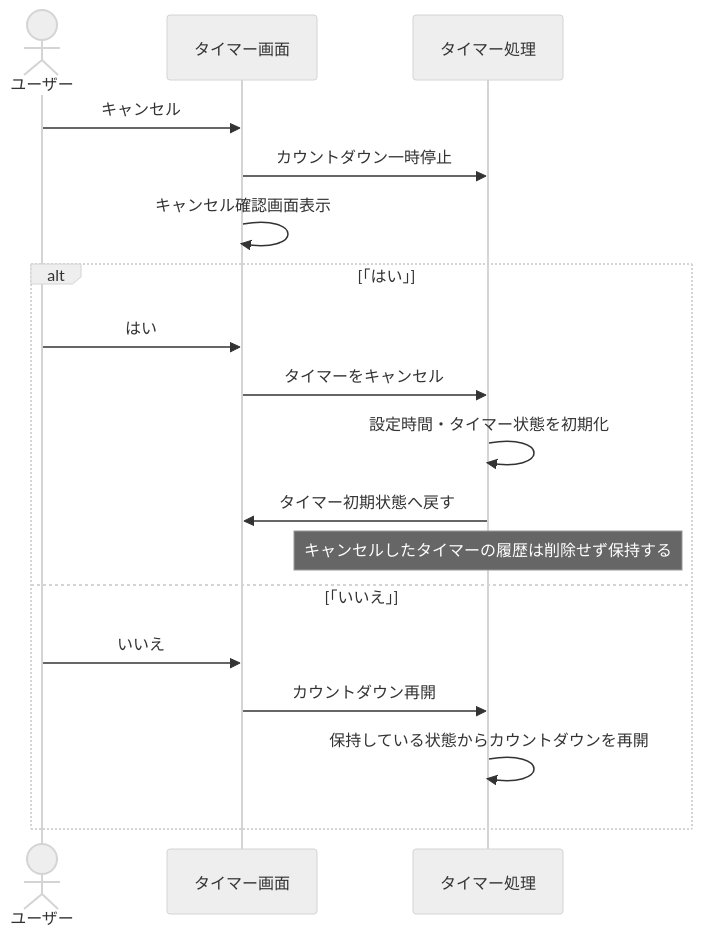
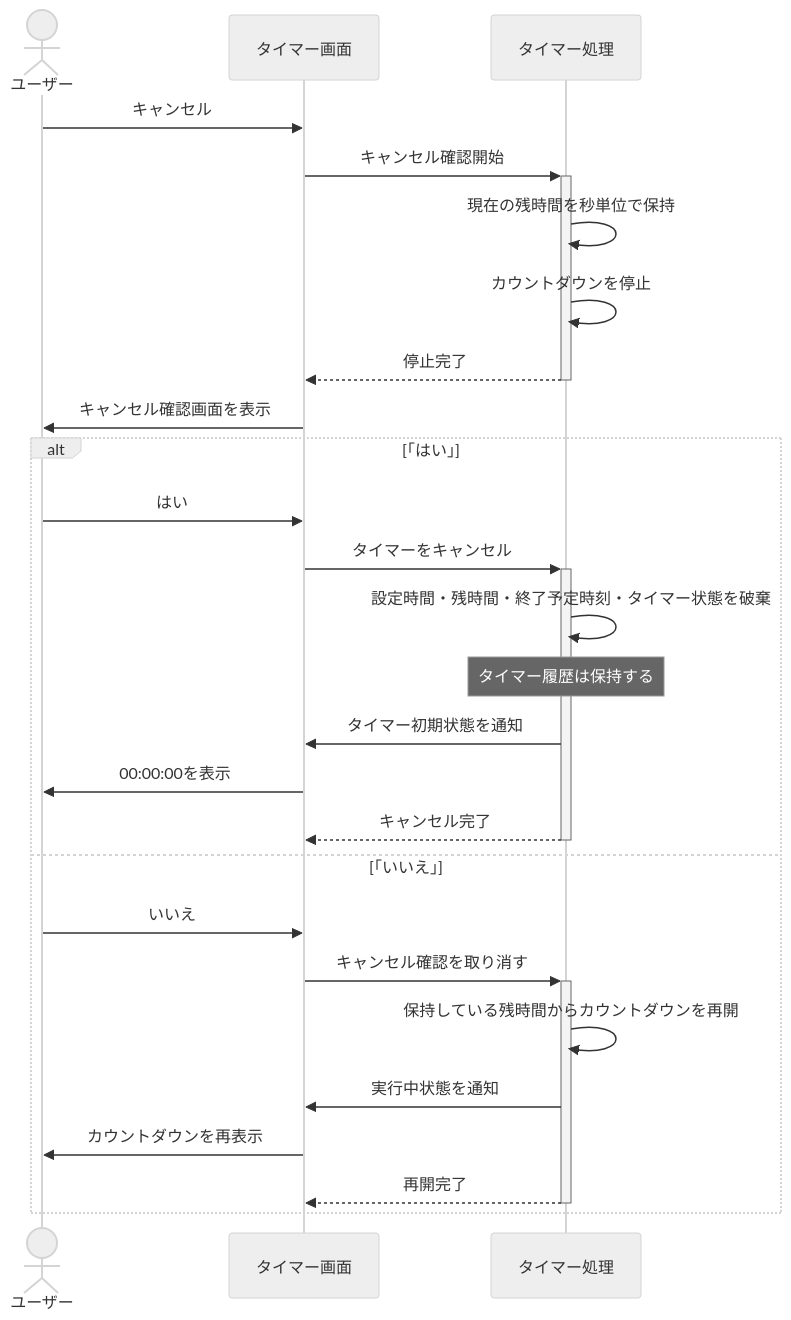
The third of 6 diagrams in document/設計/シーケンス図/タイマーシーケンス図.md (shun62201234-crypto/timerApplication), drawn with Mermaid (neutral theme) before and after one commit. The commit also changed other lines of this file and 1 other file, not shown here.

First line of the commit message:
タイマーシーケンス図の処理内容と表記を見直し

````diff
--- a/document/設計/シーケンス図/タイマーシーケンス図.md
+++ b/document/設計/シーケンス図/タイマーシーケンス図.md
@@ -73,22 +96,31 @@
 ```mermaid
 sequenceDiagram
     actor ユーザー
     participant UI as タイマー画面
     participant Timer as タイマー処理
 
     ユーザー->>UI: キャンセル
-    UI->>Timer: カウントダウン一時停止
-    UI->>UI: キャンセル確認画面表示
+    UI->>+Timer: キャンセル確認開始
+    Timer->>Timer: 現在の残時間を秒単位で保持
+    Timer->>Timer: カウントダウンを停止
+    Timer-->>-UI: 停止完了
+    UI->>ユーザー: キャンセル確認画面を表示
 
     alt 「はい」
         ユーザー->>UI: はい
-        UI->>Timer: タイマーをキャンセル
-        Timer->>Timer: 設定時間・タイマー状態を初期化
-        Timer->>UI: タイマー初期状態へ戻す
-        Note over Timer: キャンセルしたタイマーの履歴は削除せず保持する
+        UI->>+Timer: タイマーをキャンセル
+        Timer->>Timer: 設定時間・残時間・終了予定時刻・タイマー状態を破棄
+        Note over Timer: タイマー履歴は保持する
+        Timer->>UI: タイマー初期状態を通知
+        UI->>ユーザー: 00:00:00を表示
+        Timer-->>-UI: キャンセル完了
+
     else 「いいえ」
         ユーザー->>UI: いいえ
-        UI->>Timer: カウントダウン再開
-        Timer->>Timer: 保持している状態からカウントダウンを再開
+        UI->>+Timer: キャンセル確認を取り消す
+        Timer->>Timer: 保持している残時間からカウントダウンを再開
+        Timer->>UI: 実行中状態を通知
+        UI->>ユーザー: カウントダウンを再表示
+        Timer-->>-UI: 再開完了
     end
 ```
````
